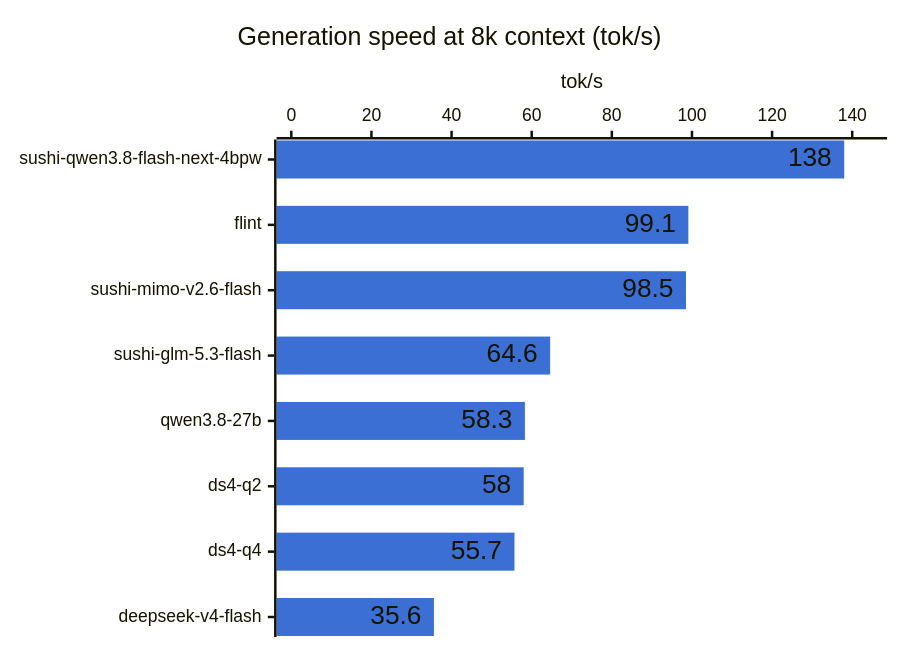
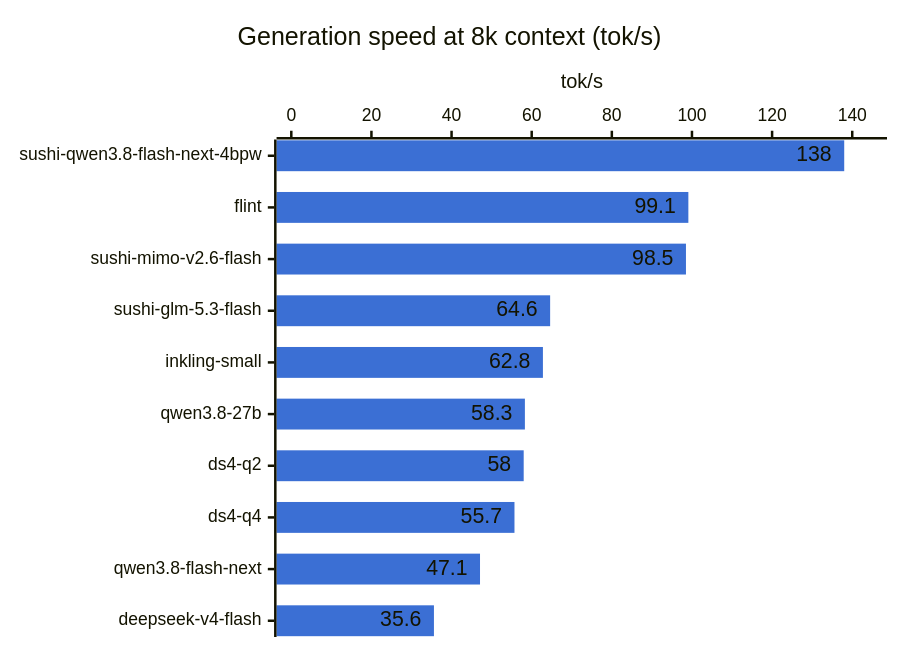
One commit to hofftodd/ai-bench changed the second of 2 diagrams in RESULTS-mac.md. Above: the diagram before and after it, drawn with Mermaid. The commit also changed other lines of this file and 7 other files, not shown here.

First line of the commit message:
Results: Qwen3.8-Flash-Next on llama.cpp and Inkling-Small on oMLX (Mac)

````diff
--- a/RESULTS-mac.md
+++ b/RESULTS-mac.md
@@ -39,8 +41,8 @@
 ```mermaid
 %%{init: {"xyChart": {"showDataLabel": true}, "themeVariables": {"xyChart": {"plotColorPalette": "#3b6fd4"}}}}%%
 xychart-beta horizontal
     title "Generation speed at 8k context (tok/s)"
-    x-axis ["sushi-qwen3.8-flash-next-4bpw", "flint", "sushi-mimo-v2.6-flash", "sushi-glm-5.3-flash", "qwen3.8-27b", "ds4-q2", "ds4-q4", "deepseek-v4-flash"]
+    x-axis ["sushi-qwen3.8-flash-next-4bpw", "flint", "sushi-mimo-v2.6-flash", "sushi-glm-5.3-flash", "inkling-small", "qwen3.8-27b", "ds4-q2", "ds4-q4", "qwen3.8-flash-next", "deepseek-v4-flash"]
     y-axis "tok/s" 0 --> 145
-    bar [138.0, 99.1, 98.5, 64.6, 58.3, 58.0, 55.7, 35.6]
+    bar [138.0, 99.1, 98.5, 64.6, 62.8, 58.3, 58.0, 55.7, 47.1, 35.6]
 ```
````
